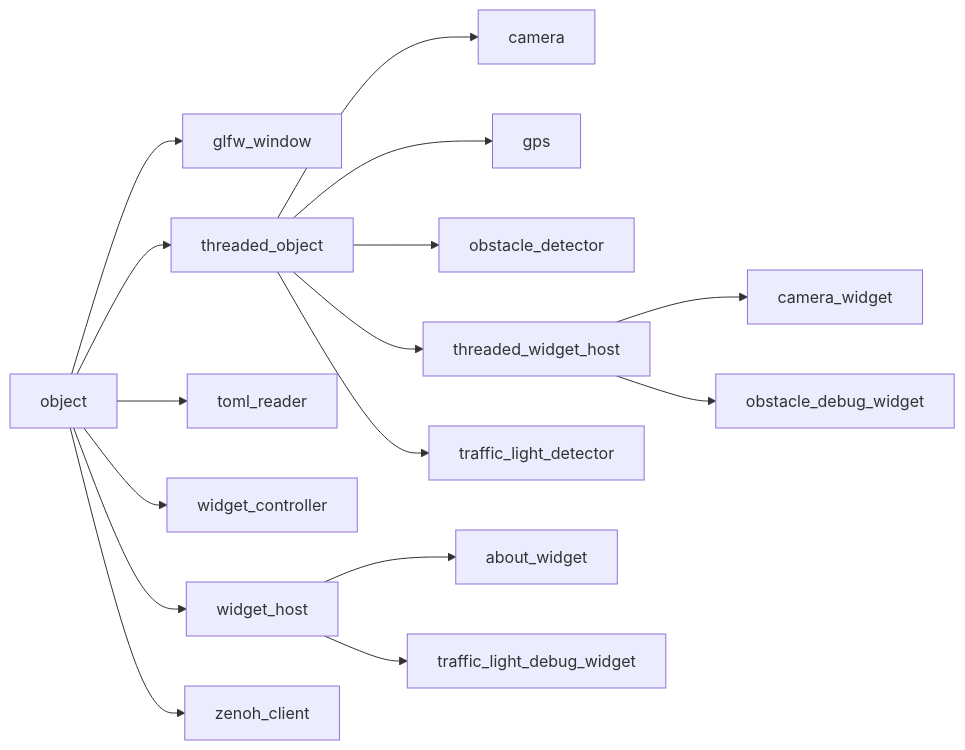
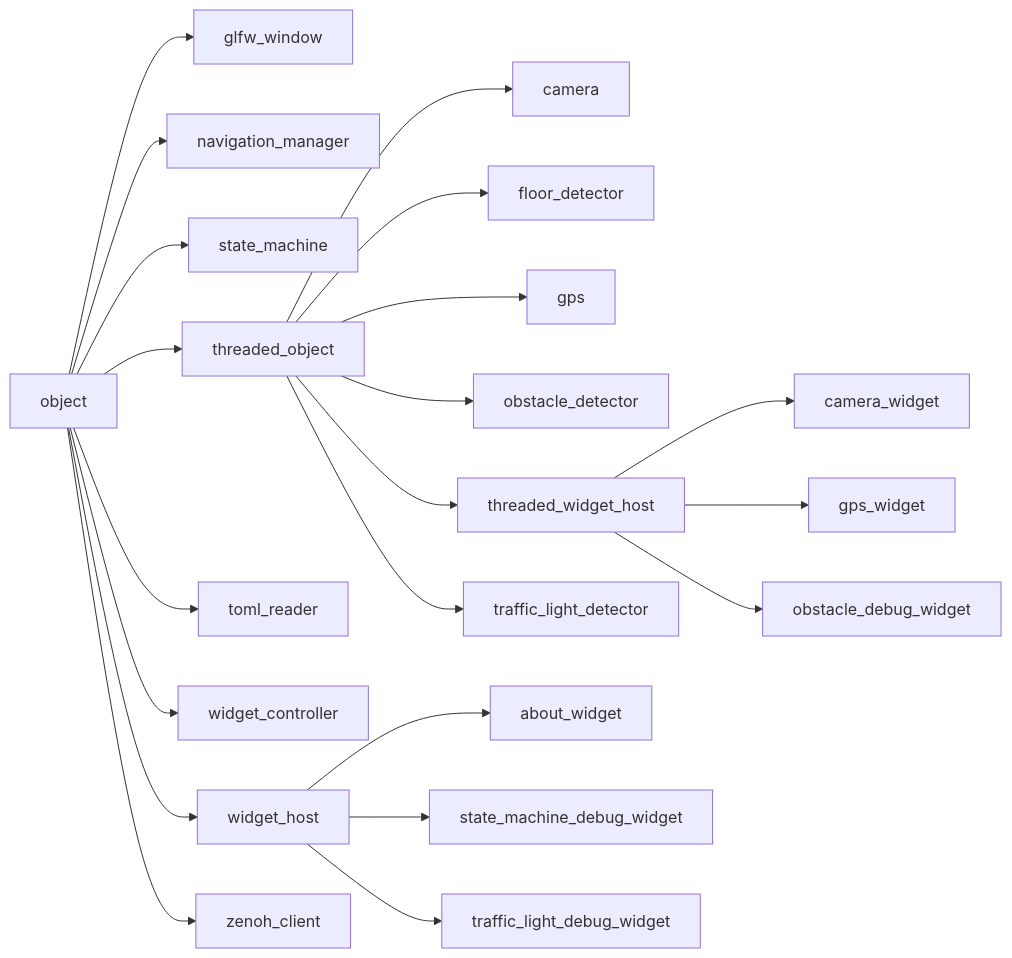
Before and after one commit to kasper-szczerba/acs_wiki: the second of 2 diagrams in docs/codebase/namespaces/core/implementations/object.md, drawn with Mermaid. The commit also changed other lines of this file and 34 other files, not shown here.

````diff
--- a/docs/codebase/namespaces/core/implementations/object.md
+++ b/docs/codebase/namespaces/core/implementations/object.md
@@ -23,19 +23,24 @@
 ```mermaid
 graph LR
     object["object"]
     object["object"] --> glfw_window["glfw_window"]
+    object["object"] --> navigation_manager["navigation_manager"]
+    object["object"] --> state_machine["state_machine"]
     object["object"] --> threaded_object["threaded_object"]
     object["object"] --> toml_reader["toml_reader"]
     object["object"] --> widget_controller["widget_controller"]
     object["object"] --> widget_host["widget_host"]
     object["object"] --> zenoh_client["zenoh_client"]
     threaded_object["threaded_object"] --> camera["camera"]
+    threaded_object["threaded_object"] --> floor_detector["floor_detector"]
     threaded_object["threaded_object"] --> gps["gps"]
     threaded_object["threaded_object"] --> obstacle_detector["obstacle_detector"]
     threaded_object["threaded_object"] --> threaded_widget_host["threaded_widget_host"]
     threaded_object["threaded_object"] --> traffic_light_detector["traffic_light_detector"]
     threaded_widget_host["threaded_widget_host"] --> camera_widget["camera_widget"]
+    threaded_widget_host["threaded_widget_host"] --> gps_widget["gps_widget"]
     threaded_widget_host["threaded_widget_host"] --> obstacle_debug_widget["obstacle_debug_widget"]
     widget_host["widget_host"] --> about_widget["about_widget"]
+    widget_host["widget_host"] --> state_machine_debug_widget["state_machine_debug_widget"]
     widget_host["widget_host"] --> traffic_light_debug_widget["traffic_light_debug_widget"]
 ```
````
